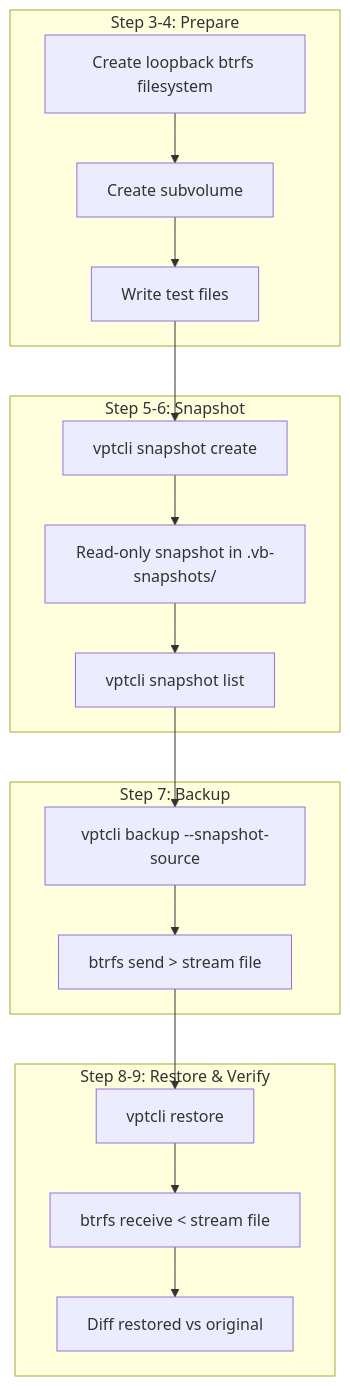
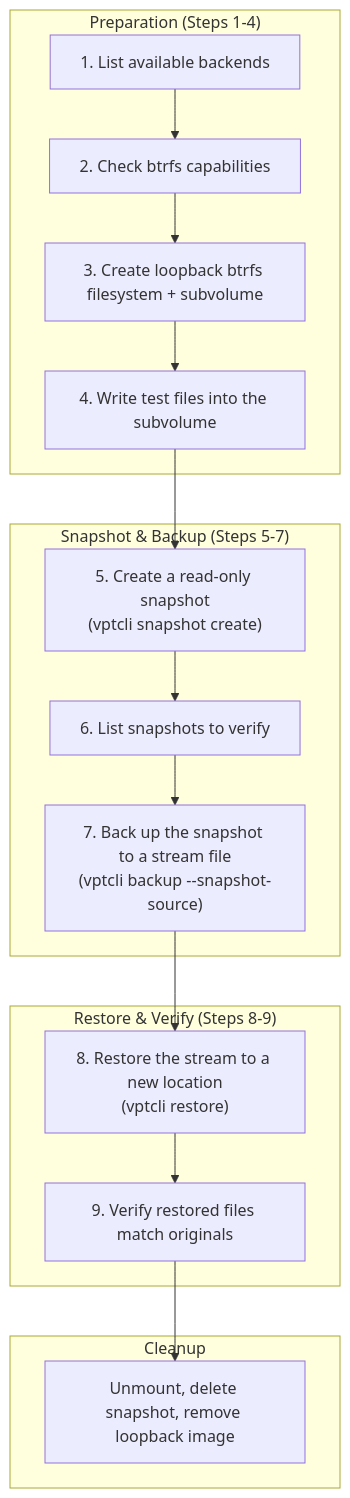
Before and after one commit to XUranus/vpt-rs: the first of 3 diagrams in wiki/docs/getting-started/quick-start.md, drawn with Mermaid. The commit also changed other lines of this file and 52 other files, not shown here.

First line of the commit message:
Enhance wiki: mermaid rendering, detailed content, i18n (zh-Hans)

````diff
--- a/wiki/docs/getting-started/quick-start.md
+++ b/wiki/docs/getting-started/quick-start.md
@@ -245,24 +23,23 @@
 ```mermaid
 flowchart TD
-    subgraph "Step 3-4: Prepare"
-        A[Create loopback btrfs filesystem] --> B[Create subvolume]
-        B --> C[Write test files]
+    subgraph "Preparation (Steps 1-4)"
+        S1["1. List available backends"] --> S2["2. Check btrfs capabilities"]
+        S2 --> S3["3. Create loopback btrfs filesystem + subvolume"]
+        S3 --> S4["4. Write test files into the subvolume"]
     end
 
-    subgraph "Step 5-6: Snapshot"
-        C --> D["vptcli snapshot create"]
-        D --> E[Read-only snapshot in .vb-snapshots/]
-        E --> F["vptcli snapshot list"]
+    subgraph "Snapshot & Backup (Steps 5-7)"
+        S4 --> S5["5. Create a read-only snapshot<br/>(vptcli snapshot create)"]
+        S5 --> S6["6. List snapshots to verify"]
+        S6 --> S7["7. Back up the snapshot to a stream file<br/>(vptcli backup --snapshot-source)"]
     end
 
-    subgraph "Step 7: Backup"
-        F --> G["vptcli backup --snapshot-source"]
-        G --> H["btrfs send > stream file"]
+    subgraph "Restore & Verify (Steps 8-9)"
+        S7 --> S8["8. Restore the stream to a new location<br/>(vptcli restore)"]
+        S8 --> S9["9. Verify restored files match originals"]
     end
 
-    subgraph "Step 8-9: Restore & Verify"
-        H --> I["vptcli restore"]
-        I --> J["btrfs receive < stream file"]
-        J --> K[Diff restored vs original]
+    subgraph "Cleanup"
+        S9 --> CL["Unmount, delete snapshot, remove loopback image"]
     end
 ```
````
